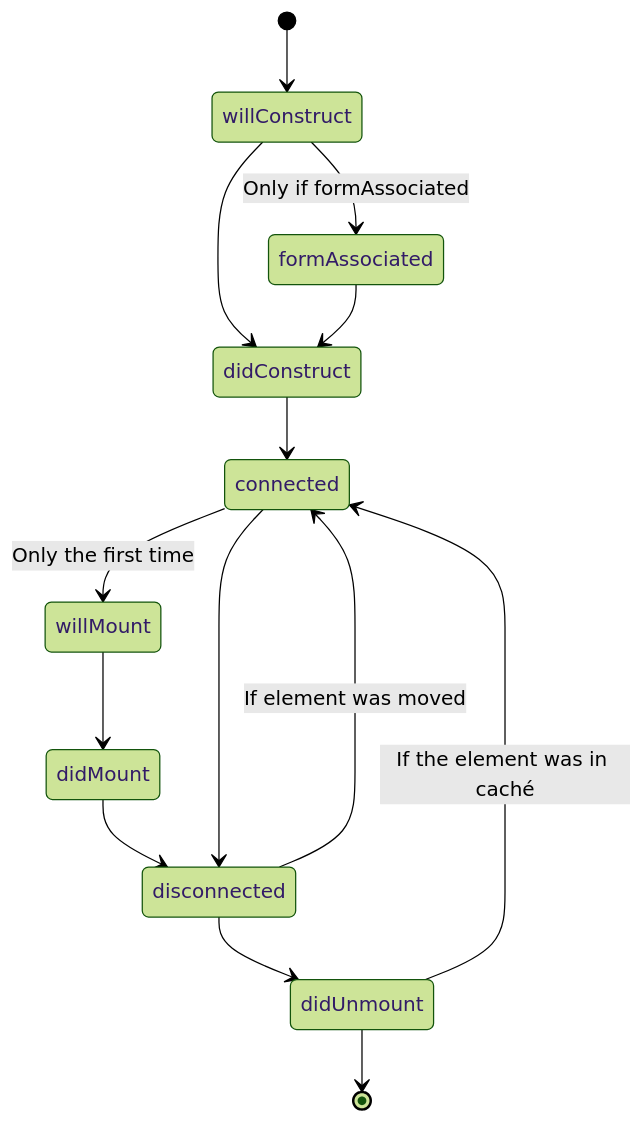
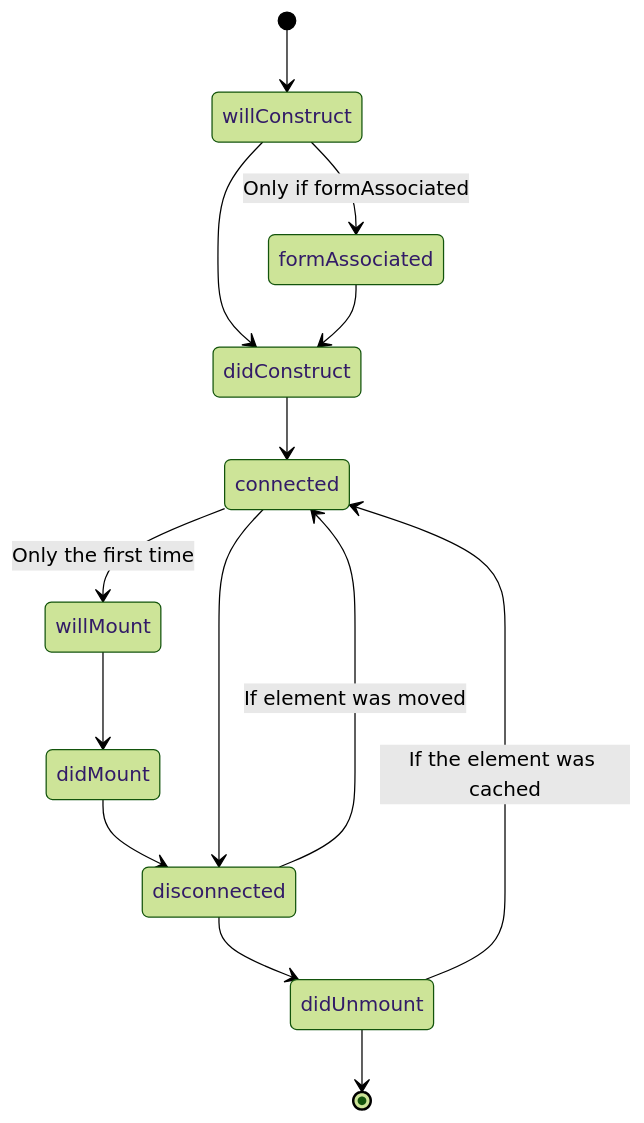
Before and after one commit to michijs/michijs: the first of 4 diagrams in README.md, drawn with Mermaid (forest theme). The commit also changed other lines of this file and 3 other files, not shown here.

````diff
--- a/README.md
+++ b/README.md
@@ -256,17 +245,17 @@
 ```mermaid
 stateDiagram-v2
     [*] --> willConstruct
     willConstruct --> didConstruct
     didConstruct --> connected
     connected --> willMount: Only the first time
     willMount --> didMount
     didMount --> disconnected
     disconnected --> didUnmount
     didUnmount --> [*]
     disconnected --> connected: If element was moved
     connected --> disconnected
-    didUnmount --> connected: If the element was in caché
+    didUnmount --> connected: If the element was cached
 
     willConstruct --> formAssociated: Only if formAssociated
     formAssociated --> didConstruct
 ```
````
